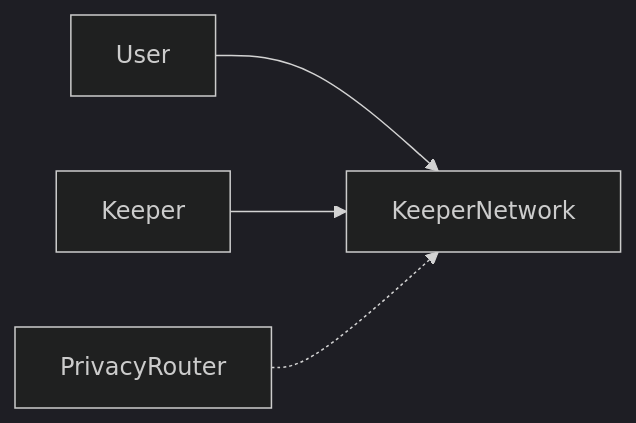
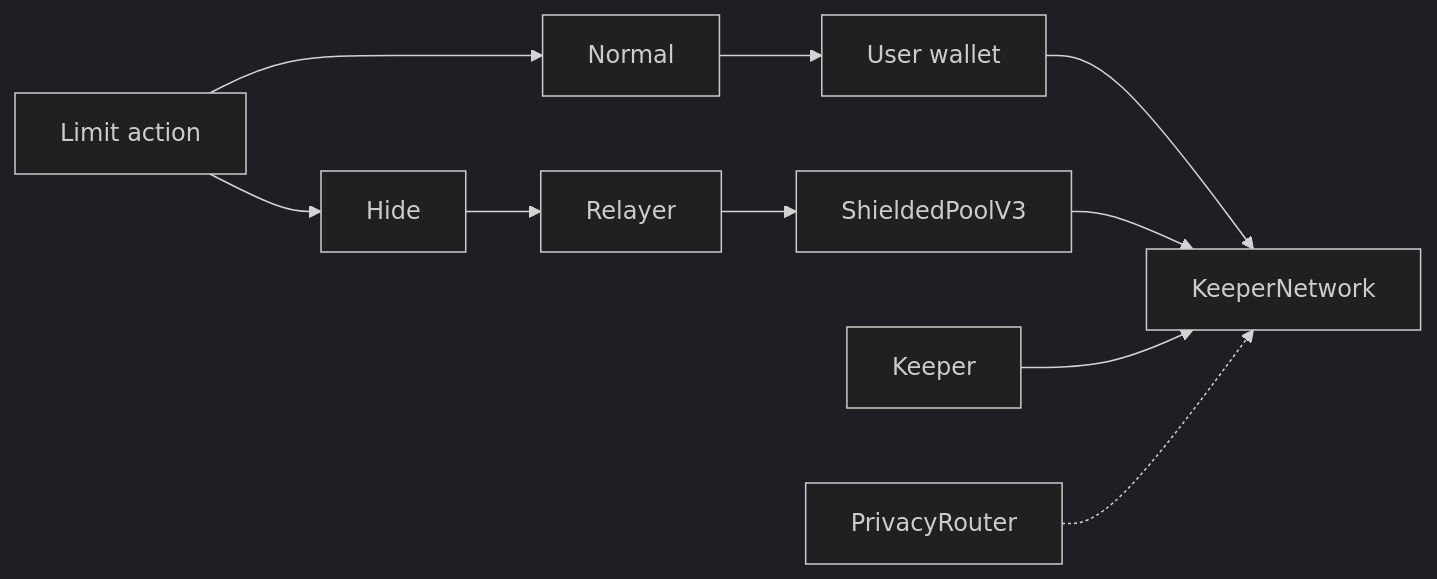
One commit to ntfound-dev/zkcarel_protocol changed the third of 4 diagrams in smartcontract/README.md. Above: the diagram before and after it, drawn with Mermaid (dark theme). The commit also changed other lines of this file and 1 other file, not shown here.

Commit message:
docs: make mode diagrams flow-based

````diff
--- a/smartcontract/README.md
+++ b/smartcontract/README.md
@@ -140,6 +146,12 @@
 ```mermaid
 flowchart LR
-  U[User] --> LOB[KeeperNetwork]
+  A[Limit action] --> N[Normal]
+  N --> U[User wallet]
+  U --> LOB[KeeperNetwork]
+  A --> H[Hide]
+  H --> R[Relayer]
+  R --> EXEC[ShieldedPoolV3]
+  EXEC --> LOB
   K[Keeper] --> LOB
   PRIV[PrivacyRouter] -.-> LOB
 ```
````
